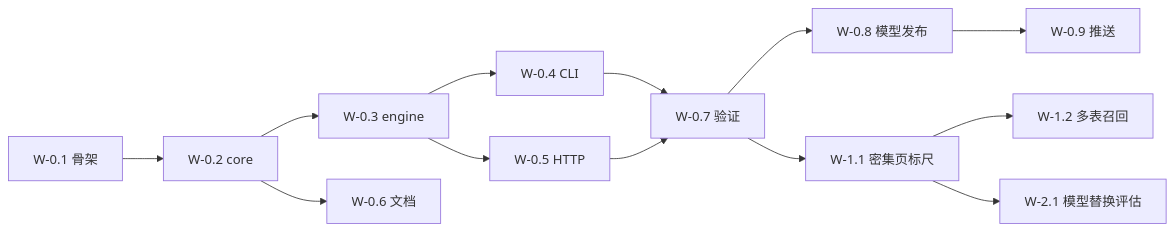
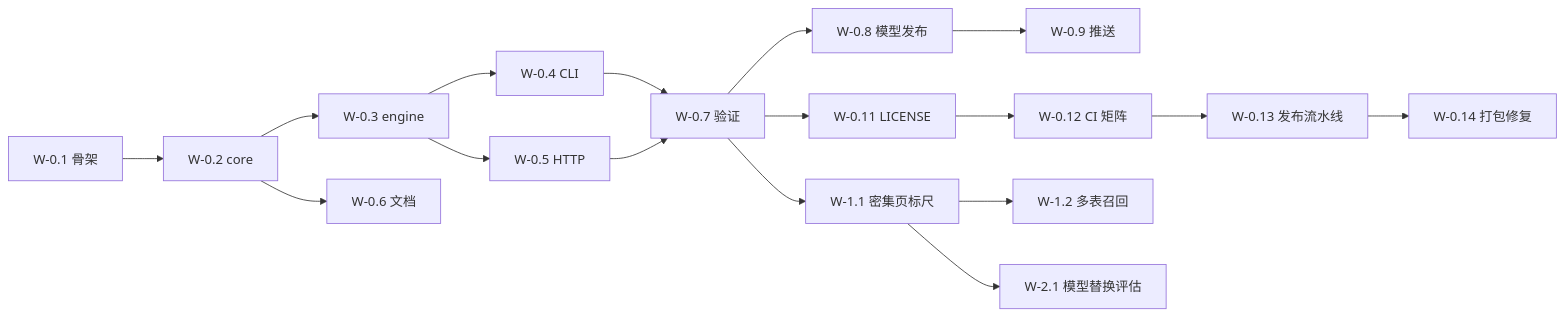
The diagram in docs/WBS.md (hexai-cn/tatr), drawn with Mermaid before and after one commit. The commit also changed other lines of this file and 1 other file, not shown here.

````diff
--- a/docs/WBS.md
+++ b/docs/WBS.md
@@ -40,12 +44,13 @@
 ```mermaid
 graph LR
   W01[W-0.1 骨架] --> W02[W-0.2 core] --> W03[W-0.3 engine]
   W03 --> W04[W-0.4 CLI]
   W03 --> W05[W-0.5 HTTP]
   W02 --> W06[W-0.6 文档]
   W04 --> W07[W-0.7 验证]
   W05 --> W07
   W07 --> W08[W-0.8 模型发布] --> W09[W-0.9 推送]
+  W07 --> W11c[W-0.11 LICENSE] --> W12c[W-0.12 CI 矩阵] --> W13c[W-0.13 发布流水线] --> W14c[W-0.14 打包修复]
   W07 --> W11[W-1.1 密集页标尺] --> W12[W-1.2 多表召回]
   W11 --> W21[W-2.1 模型替换评估]
 ```
````
